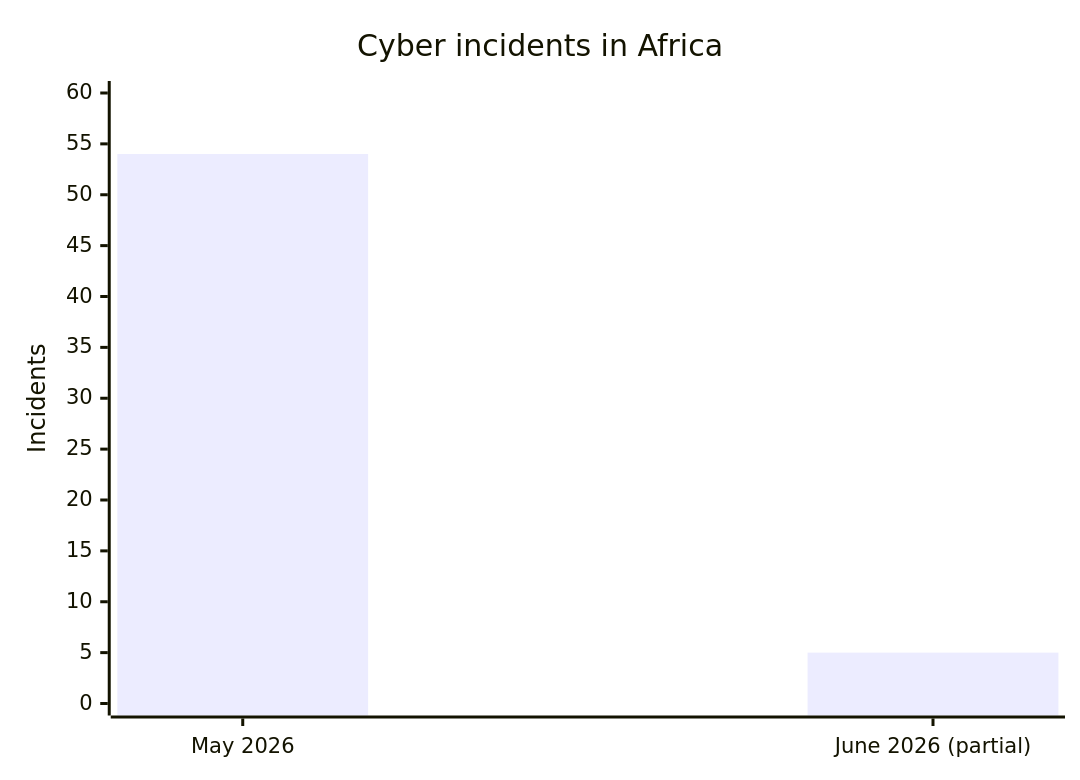
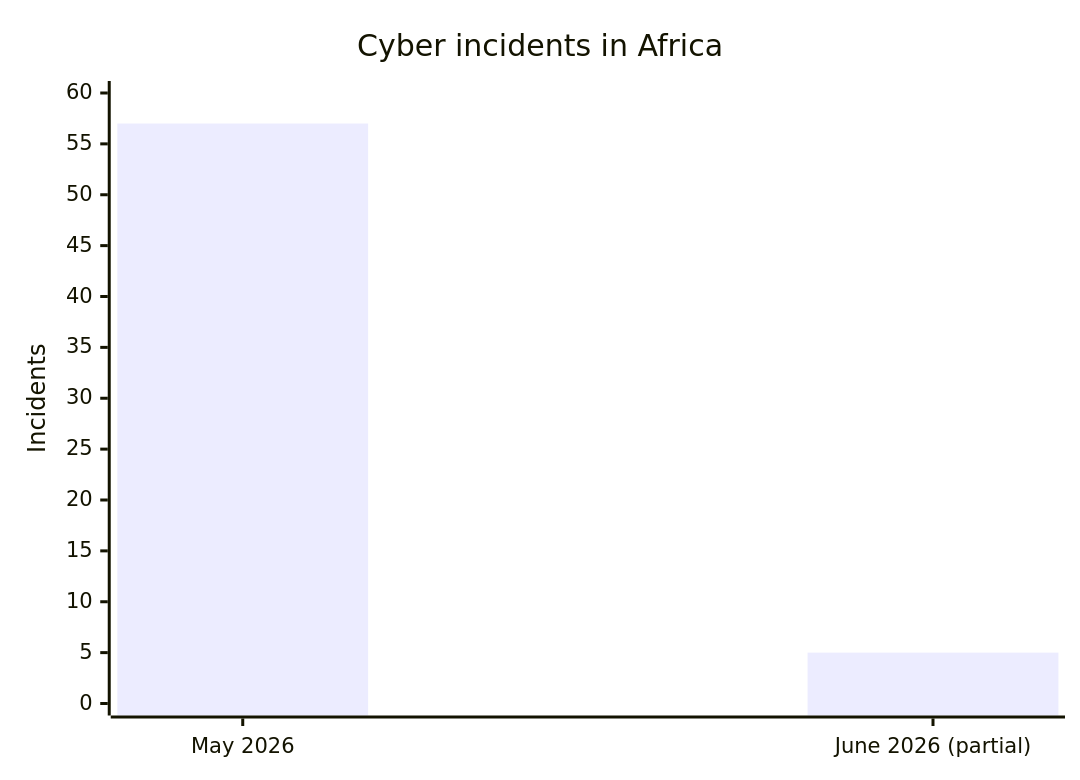
Before and after one commit to Hatchepsoute/AFRINTEL: the first of 5 diagrams in comparison/2026/05-may-june/README.md, drawn with Mermaid. The commit also changed other lines of this file and 28 other files, not shown here.

````diff
--- a/comparison/2026/05-may-june/README.md
+++ b/comparison/2026/05-may-june/README.md
@@ -36,7 +36,7 @@
 ```mermaid
 xychart-beta
 title "Cyber incidents in Africa"
 x-axis ["May 2026","June 2026 (partial)"]
 y-axis "Incidents" 0 --> 60
-bar [54,5]
+bar [57,5]
 ```
````
